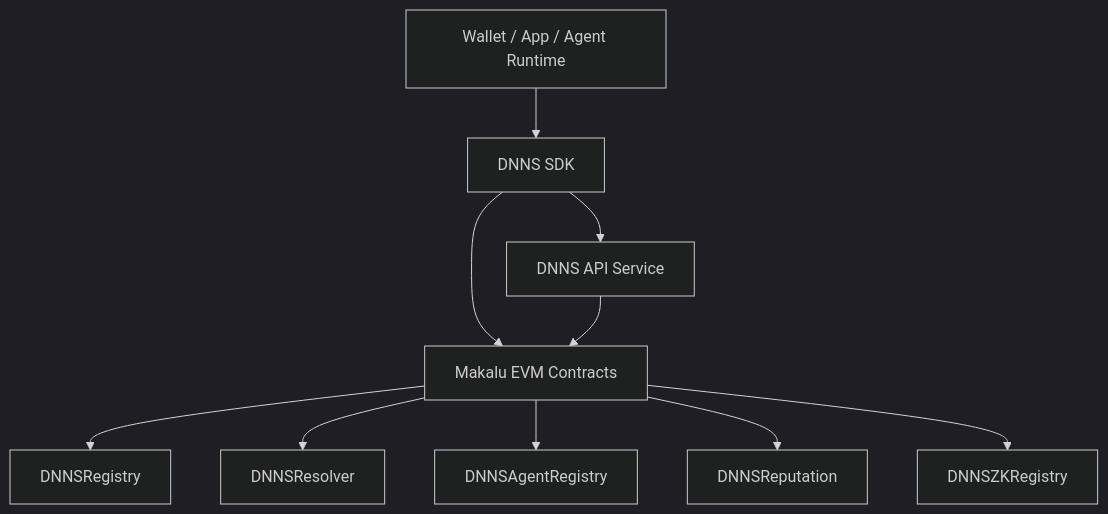
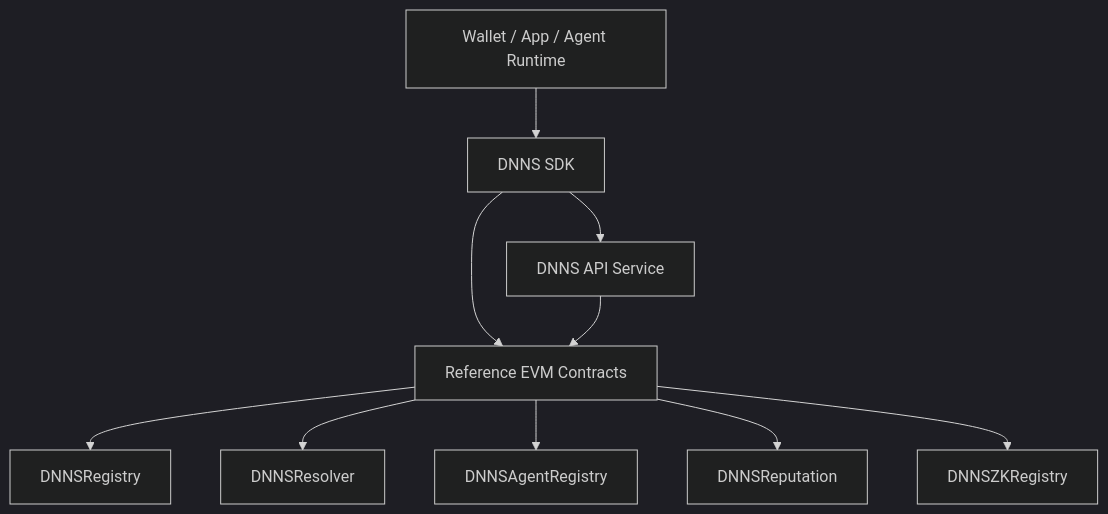
The first of 2 diagrams in architecture/overview.md (KaJLabs/DNNS), drawn with Mermaid (dark theme) before and after one commit. The commit also changed other lines of this file and 3 other files, not shown here.

````diff
--- a/architecture/overview.md
+++ b/architecture/overview.md
@@ -12,12 +16,12 @@
 ```mermaid
 graph TD
     Client[Wallet / App / Agent Runtime] --> SDK[DNNS SDK]
     SDK --> API[DNNS API Service]
-    SDK --> EVM[Makalu EVM Contracts]
+    SDK --> EVM[Reference EVM Contracts]
     API --> EVM
     EVM --> Registry[DNNSRegistry]
     EVM --> Resolver[DNNSResolver]
     EVM --> Agents[DNNSAgentRegistry]
     EVM --> Reputation[DNNSReputation]
     EVM --> ZK[DNNSZKRegistry]
 ```
````
